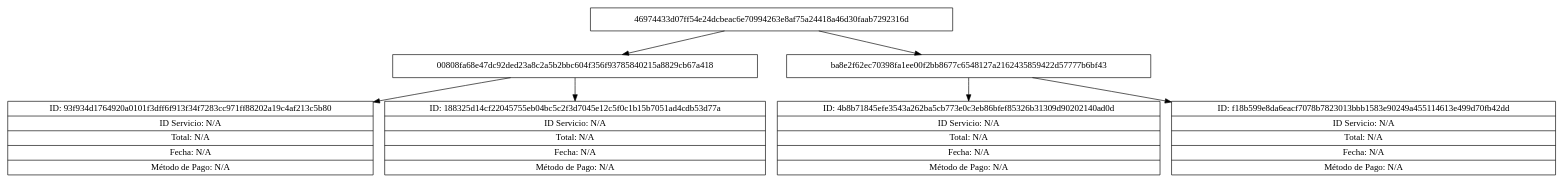
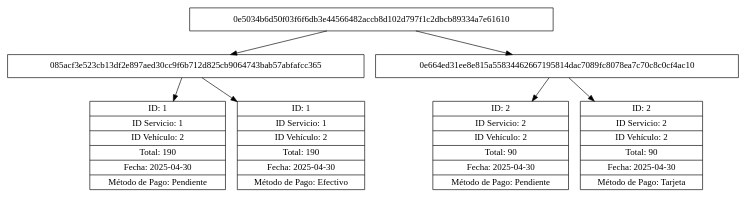
The diagram in Fase 3/AutoGestPro/Reportes/MerkleTree.dot (JavierVelasquez39/-EDD-1S2025_202307775), drawn with Graphviz before and after one commit. The commit also changed 60 other files, not shown here.

```diff
--- a/Fase 3/AutoGestPro/Reportes/MerkleTree.dot
+++ b/Fase 3/AutoGestPro/Reportes/MerkleTree.dot
@@ -1,16 +1,16 @@
 digraph MerkleTree {
 node [shape=record];
-"46974433d07ff54e24dcbeac6e70994263e8af75a24418a46d30faab7292316d" [label="46974433d07ff54e24dcbeac6e70994263e8af75a24418a46d30faab7292316d"];
-"46974433d07ff54e24dcbeac6e70994263e8af75a24418a46d30faab7292316d" -> "00808fa68e47dc92ded23a8c2a5b2bbc604f356f93785840215a8829cb67a418";
-"00808fa68e47dc92ded23a8c2a5b2bbc604f356f93785840215a8829cb67a418" [label="00808fa68e47dc92ded23a8c2a5b2bbc604f356f93785840215a8829cb67a418"];
-"00808fa68e47dc92ded23a8c2a5b2bbc604f356f93785840215a8829cb67a418" -> "93f934d1764920a0101f3dff6f913f34f7283cc971ff88202a19c4af213c5b80";
-"93f934d1764920a0101f3dff6f913f34f7283cc971ff88202a19c4af213c5b80" [label="{ID: 93f934d1764920a0101f3dff6f913f34f7283cc971ff88202a19c4af213c5b80|ID Servicio: N/A|Total: N/A|Fecha: N/A|Método de Pago: N/A}"];
-"00808fa68e47dc92ded23a8c2a5b2bbc604f356f93785840215a8829cb67a418" -> "188325d14cf22045755eb04bc5c2f3d7045e12c5f0c1b15b7051ad4cdb53d77a";
-"188325d14cf22045755eb04bc5c2f3d7045e12c5f0c1b15b7051ad4cdb53d77a" [label="{ID: 188325d14cf22045755eb04bc5c2f3d7045e12c5f0c1b15b7051ad4cdb53d77a|ID Servicio: N/A|Total: N/A|Fecha: N/A|Método de Pago: N/A}"];
-"46974433d07ff54e24dcbeac6e70994263e8af75a24418a46d30faab7292316d" -> "ba8e2f62ec70398fa1ee00f2bb8677c6548127a2162435859422d57777b6bf43";
-"ba8e2f62ec70398fa1ee00f2bb8677c6548127a2162435859422d57777b6bf43" [label="ba8e2f62ec70398fa1ee00f2bb8677c6548127a2162435859422d57777b6bf43"];
-"ba8e2f62ec70398fa1ee00f2bb8677c6548127a2162435859422d57777b6bf43" -> "4b8b71845efe3543a262ba5cb773e0c3eb86bfef85326b31309d90202140ad0d";
-"4b8b71845efe3543a262ba5cb773e0c3eb86bfef85326b31309d90202140ad0d" [label="{ID: 4b8b71845efe3543a262ba5cb773e0c3eb86bfef85326b31309d90202140ad0d|ID Servicio: N/A|Total: N/A|Fecha: N/A|Método de Pago: N/A}"];
-"ba8e2f62ec70398fa1ee00f2bb8677c6548127a2162435859422d57777b6bf43" -> "f18b599e8da6eacf7078b7823013bbb1583e90249a455114613e499d70fb42dd";
-"f18b599e8da6eacf7078b7823013bbb1583e90249a455114613e499d70fb42dd" [label="{ID: f18b599e8da6eacf7078b7823013bbb1583e90249a455114613e499d70fb42dd|ID Servicio: N/A|Total: N/A|Fecha: N/A|Método de Pago: N/A}"];
+"0e5034b6d50f03f6f6db3e44566482accb8d102d797f1c2dbcb89334a7e61610" [label="0e5034b6d50f03f6f6db3e44566482accb8d102d797f1c2dbcb89334a7e61610"];
+"0e5034b6d50f03f6f6db3e44566482accb8d102d797f1c2dbcb89334a7e61610" -> "085acf3e523cb13df2e897aed30cc9f6b712d825cb9064743bab57abfafcc365";
+"085acf3e523cb13df2e897aed30cc9f6b712d825cb9064743bab57abfafcc365" [label="085acf3e523cb13df2e897aed30cc9f6b712d825cb9064743bab57abfafcc365"];
+"085acf3e523cb13df2e897aed30cc9f6b712d825cb9064743bab57abfafcc365" -> "542f8faa05f96650fc7c42e054f0f450525efcc1911af2da11602b849e08c353";
+"542f8faa05f96650fc7c42e054f0f450525efcc1911af2da11602b849e08c353" [label="{ID: 1|ID Servicio: 1|ID Vehículo: 2|Total: 190|Fecha: 2025-04-30|Método de Pago: Pendiente}"];
+"085acf3e523cb13df2e897aed30cc9f6b712d825cb9064743bab57abfafcc365" -> "7cd2ddef3b529a47fcdd40c1fef22f4c619580b0718c4cd7b36568c2c1df02ca";
+"7cd2ddef3b529a47fcdd40c1fef22f4c619580b0718c4cd7b36568c2c1df02ca" [label="{ID: 1|ID Servicio: 1|ID Vehículo: 2|Total: 190|Fecha: 2025-04-30|Método de Pago: Efectivo}"];
+"0e5034b6d50f03f6f6db3e44566482accb8d102d797f1c2dbcb89334a7e61610" -> "0e664ed31ee8e815a55834462667195814dac7089fc8078ea7c70c8c0cf4ac10";
+"0e664ed31ee8e815a55834462667195814dac7089fc8078ea7c70c8c0cf4ac10" [label="0e664ed31ee8e815a55834462667195814dac7089fc8078ea7c70c8c0cf4ac10"];
+"0e664ed31ee8e815a55834462667195814dac7089fc8078ea7c70c8c0cf4ac10" -> "197cf5974b3820d7f3ce68b3cb9ee5a38f08b68d29b71de8730acb6b272aef7d";
+"197cf5974b3820d7f3ce68b3cb9ee5a38f08b68d29b71de8730acb6b272aef7d" [label="{ID: 2|ID Servicio: 2|ID Vehículo: 2|Total: 90|Fecha: 2025-04-30|Método de Pago: Pendiente}"];
+"0e664ed31ee8e815a55834462667195814dac7089fc8078ea7c70c8c0cf4ac10" -> "bd70c86ca85c2028f44d0a93f7c0e7b74e53ea56ce72146b5fad837fca2fc802";
+"bd70c86ca85c2028f44d0a93f7c0e7b74e53ea56ce72146b5fad837fca2fc802" [label="{ID: 2|ID Servicio: 2|ID Vehículo: 2|Total: 90|Fecha: 2025-04-30|Método de Pago: Tarjeta}"];
 }
```
